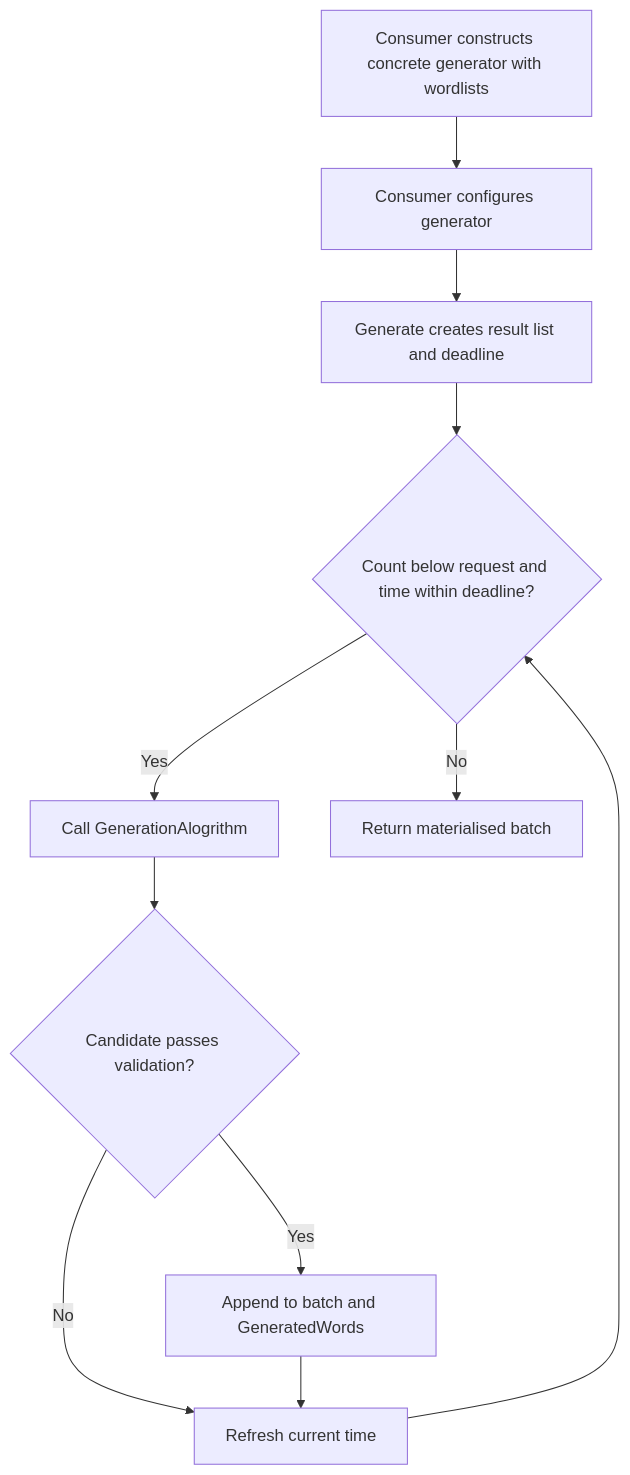
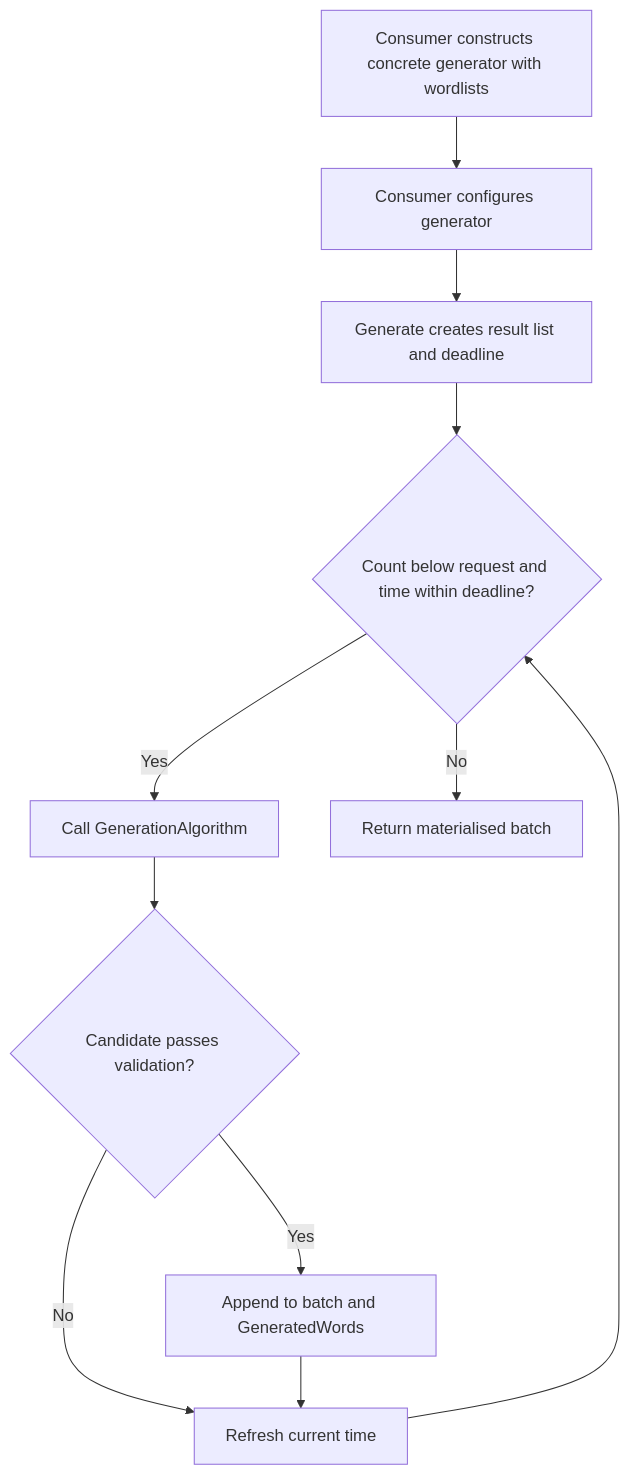
Before and after one commit to hmlendea/nucigenerators.text: the third of 5 diagrams in ARCHITECTURE.md, drawn with Mermaid. The commit also changed other lines of this file and 14 other files, not shown here.

````diff
--- a/ARCHITECTURE.md
+++ b/ARCHITECTURE.md
@@ -70,13 +70,13 @@
 ```mermaid
 flowchart TD
   Start[Consumer constructs concrete generator with wordlists] --> Configure[Consumer configures generator]
   Configure --> Generate[Generate creates result list and deadline]
   Generate --> Continue{Count below request and time within deadline?}
-  Continue -->|Yes| Candidate[Call GenerationAlogrithm]
+  Continue -->|Yes| Candidate[Call GenerationAlgorithm]
   Candidate --> Validate{Candidate passes validation?}
   Validate -->|Yes| Record[Append to batch and GeneratedWords]
   Validate -->|No| Clock[Refresh current time]
   Record --> Clock
   Clock --> Continue
   Continue -->|No| Return[Return materialised batch]
 ```
````
